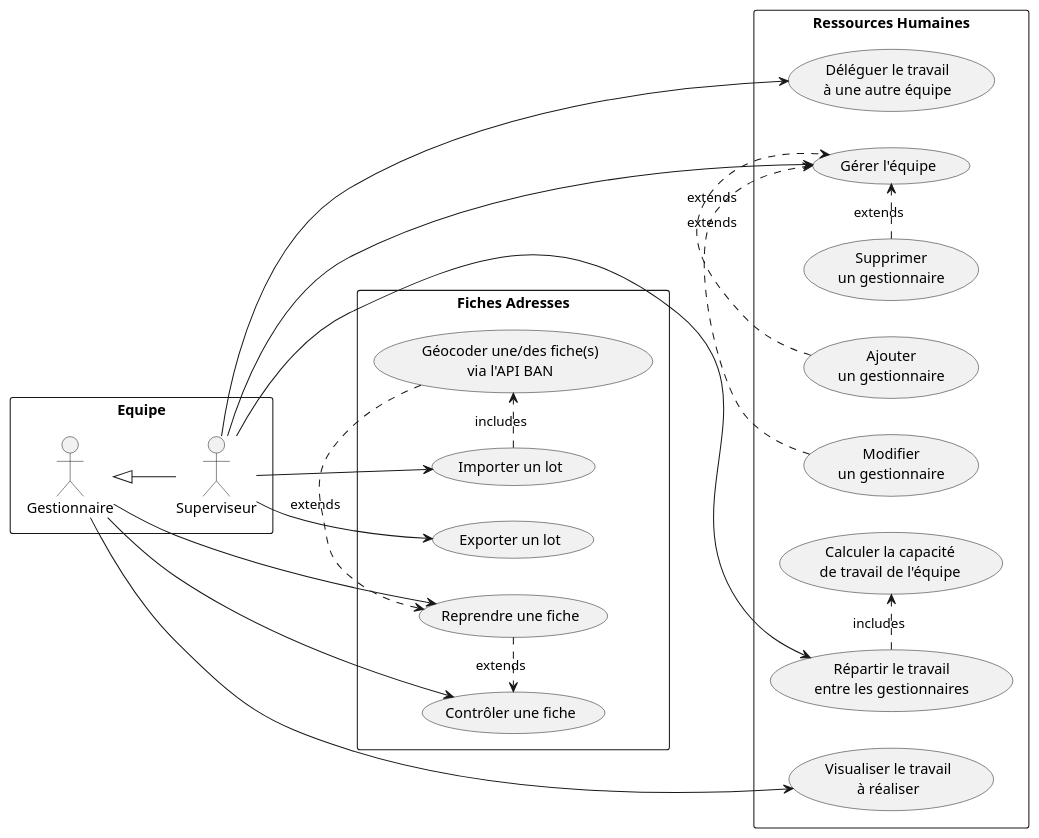
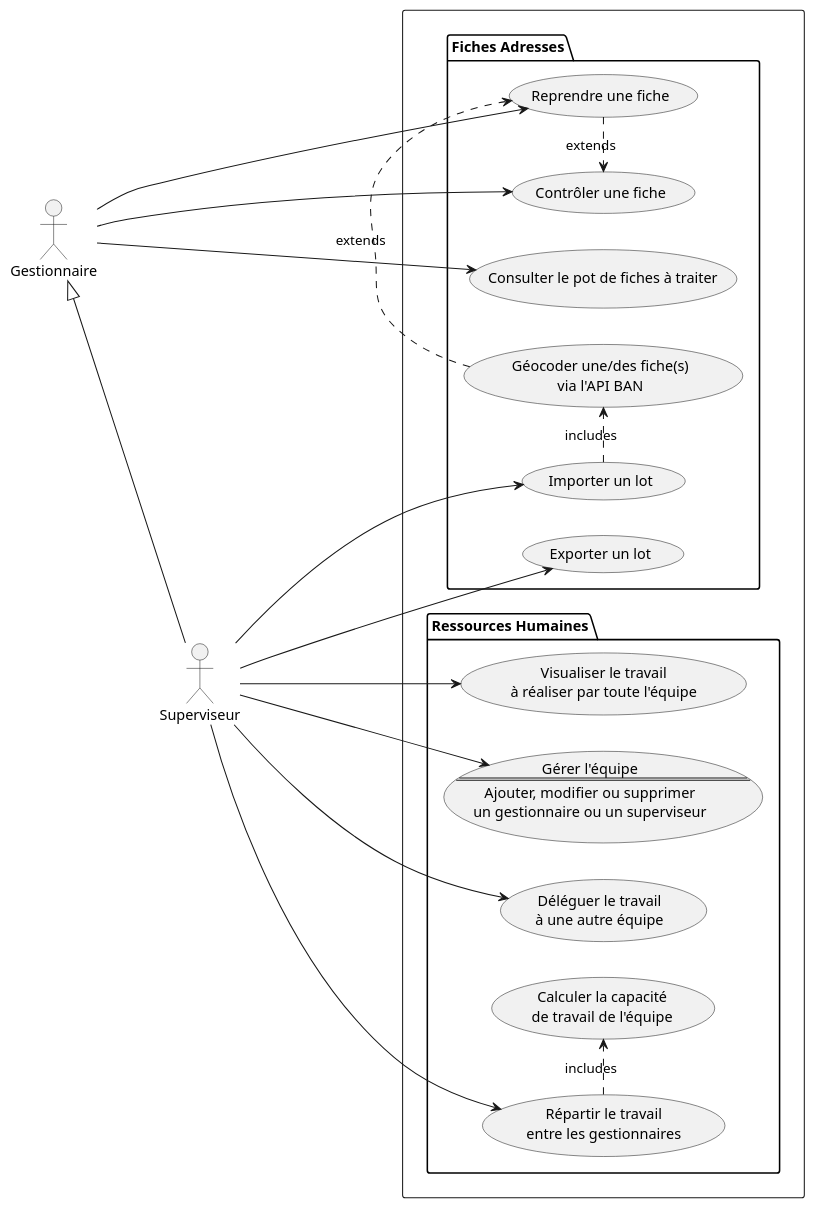
One commit to itsame-mcl/PSyCoQuAC changed the diagram in uml/diag_cas_util.puml. Above: the diagram before and after it, drawn with PlantUML.

Commit message:
MàJ UML Cas d'Utilisation (feedback tuteur)

```diff
--- a/uml/diag_cas_util.puml
+++ b/uml/diag_cas_util.puml
@@ -1,53 +1,47 @@
 @startuml "uml_cas"
 left to right direction
 
-rectangle "Equipe" {
-    :Gestionnaire: as user
-    :Superviseur: as admin
-    user <|-- admin
+:Gestionnaire: as user
+:Superviseur: as admin
+user <|-- admin
+
+rectangle {
+    package "Fiches Adresses" {
+        usecase "Importer un lot" as importer
+        usecase api as "Géocoder une/des fiche(s)
+        via l'API BAN"
+        (importer) .> (api) : includes
+        usecase "Exporter un lot" as exporter
+        usecase "Contrôler une fiche" as controler
+        usecase "Reprendre une fiche" as reprendre
+        (api) .> (reprendre) : extends
+        (reprendre) .> (controler) : extends
+        usecase "Consulter le pot de fiches à traiter" as viewpot
+    }
+    package "Ressources Humaines"{
+        usecase viewwork as "Visualiser le travail
+        à réaliser par toute l'équipe"
+        usecase usermgt as "Gérer l'équipe
+        ==
+        Ajouter, modifier ou supprimer
+        un gestionnaire ou un superviseur"
+        usecase affecter as "Répartir le travail
+        entre les gestionnaires"
+        usecase calcwork as "Calculer la capacité
+        de travail de l'équipe"
+        (affecter) .> (calcwork) : includes
+        usecase deleguer as "Déléguer le travail
+        à une autre équipe"
+    }
 }
-
-rectangle "Fiches Adresses" {
-    usecase "Importer un lot" as importer
-    usecase api as "Géocoder une/des fiche(s)
-    via l'API BAN"
-    (importer) .> (api) : includes
-    usecase "Exporter un lot" as exporter
-    usecase "Contrôler une fiche" as controler
-    usecase "Reprendre une fiche" as reprendre
-    (api) .> (reprendre) : extends
-    (reprendre) .> (controler) : extends
-}
-
-rectangle "Ressources Humaines"{
-    usecase viewwork as "Visualiser le travail
-    à réaliser"
-    usecase adduser as "Ajouter
-    un gestionnaire"
-    usecase edituser as "Modifier
-    un gestionnaire"
-    usecase deluser as "Supprimer
-    un gestionnaire"
-    usecase "Gérer l'équipe" as usermgt
-    (adduser) .> (usermgt) : extends
-    (edituser) .> (usermgt) : extends
-    (deluser) .> (usermgt) : extends
-    usecase affecter as "Répartir le travail
-    entre les gestionnaires"
-    usecase calcwork as "Calculer la capacité
-    de travail de l'équipe"
-    (affecter) .> (calcwork) : includes
-    usecase deleguer as "Déléguer le travail
-    à une autre équipe"
-}
-
 user --> controler
 user -> reprendre
-user --> viewwork
+user ---> viewpot
+admin ---> viewwork
 admin -> importer
 admin --> exporter
 admin --> affecter
 admin ---> usermgt
 admin ---> deleguer
 
 @enduml
```
